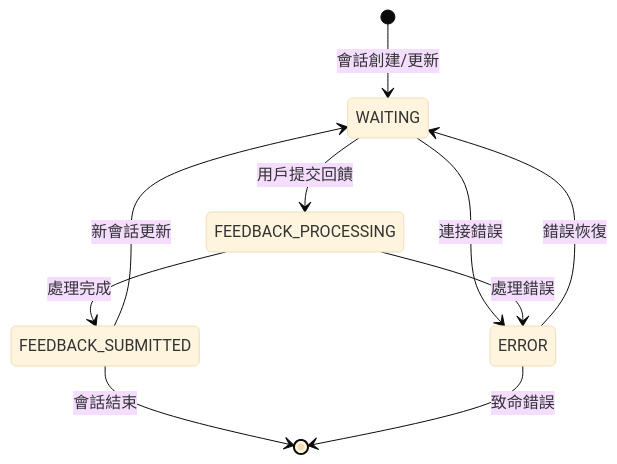
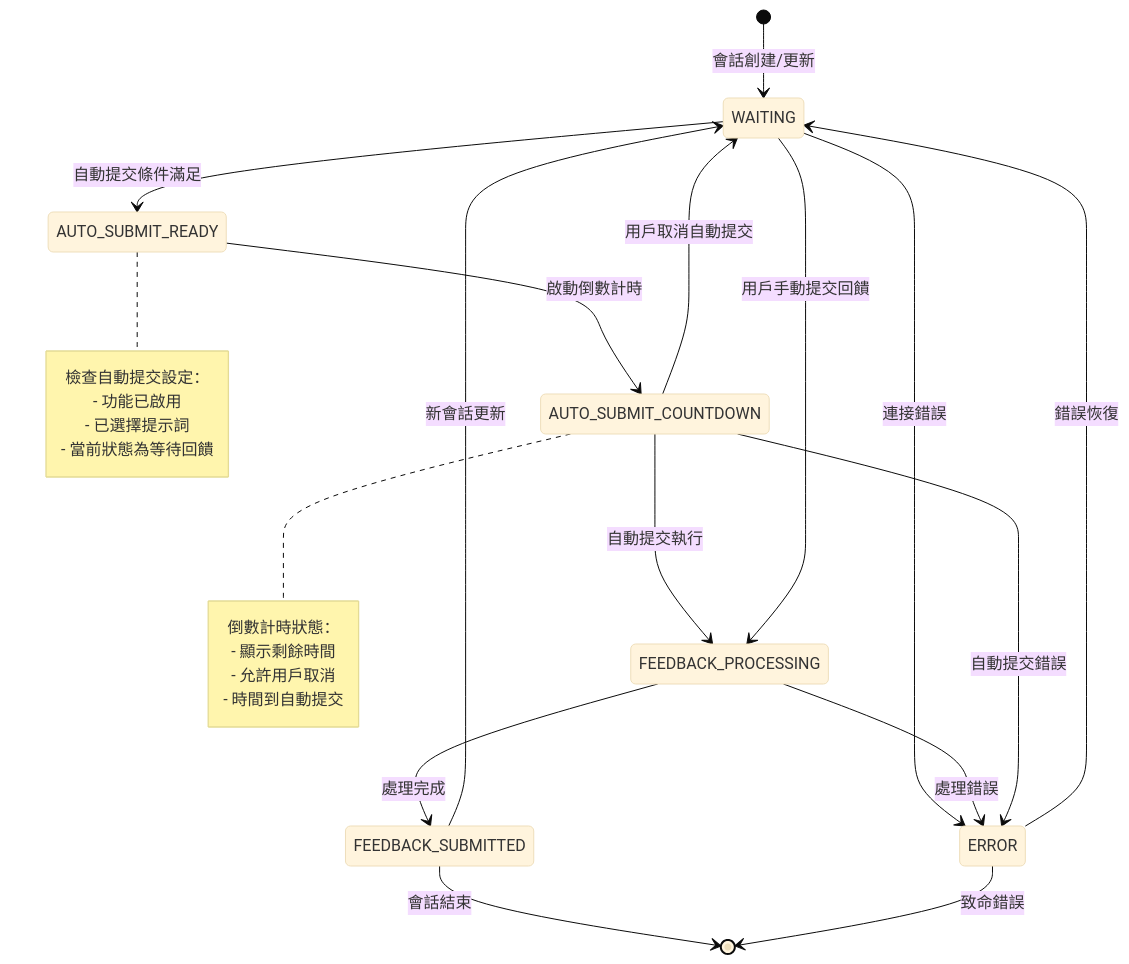
Before and after one commit to zetxtech/mcp-feedback-enhanced: the tenth of 10 diagrams in docs/architecture/interaction-flows.md, drawn with Mermaid (base theme). The commit also changed other lines of this file and 4 other files, not shown here.

````diff
--- a/docs/architecture/interaction-flows.md
+++ b/docs/architecture/interaction-flows.md
@@ -498,13 +624,32 @@
 ```mermaid
 stateDiagram-v2
     [*] --> WAITING: 會話創建/更新
-    WAITING --> FEEDBACK_PROCESSING: 用戶提交回饋
+    WAITING --> AUTO_SUBMIT_READY: 自動提交條件滿足
+    AUTO_SUBMIT_READY --> AUTO_SUBMIT_COUNTDOWN: 啟動倒數計時
+    AUTO_SUBMIT_COUNTDOWN --> FEEDBACK_PROCESSING: 自動提交執行
+    WAITING --> FEEDBACK_PROCESSING: 用戶手動提交回饋
     FEEDBACK_PROCESSING --> FEEDBACK_SUBMITTED: 處理完成
     FEEDBACK_SUBMITTED --> WAITING: 新會話更新
     FEEDBACK_SUBMITTED --> [*]: 會話結束
 
+    AUTO_SUBMIT_COUNTDOWN --> WAITING: 用戶取消自動提交
     WAITING --> ERROR: 連接錯誤
     FEEDBACK_PROCESSING --> ERROR: 處理錯誤
+    AUTO_SUBMIT_COUNTDOWN --> ERROR: 自動提交錯誤
     ERROR --> WAITING: 錯誤恢復
     ERROR --> [*]: 致命錯誤
+
+    note right of AUTO_SUBMIT_READY
+        檢查自動提交設定：
+        - 功能已啟用
+        - 已選擇提示詞
+        - 當前狀態為等待回饋
+    end note
+
+    note right of AUTO_SUBMIT_COUNTDOWN
+        倒數計時狀態：
+        - 顯示剩餘時間
+        - 允許用戶取消
+        - 時間到自動提交
+    end note
 ```
````
